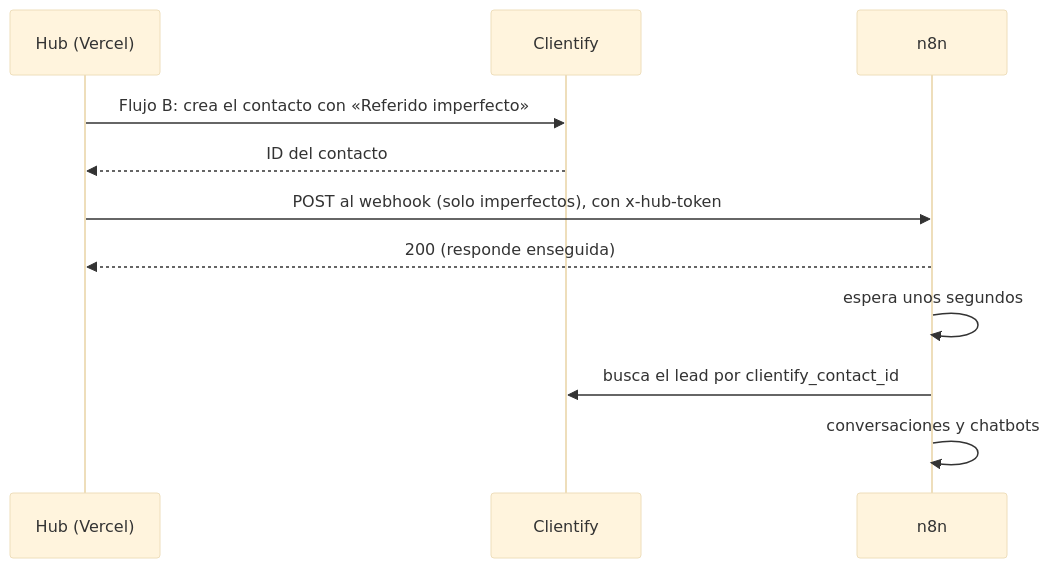
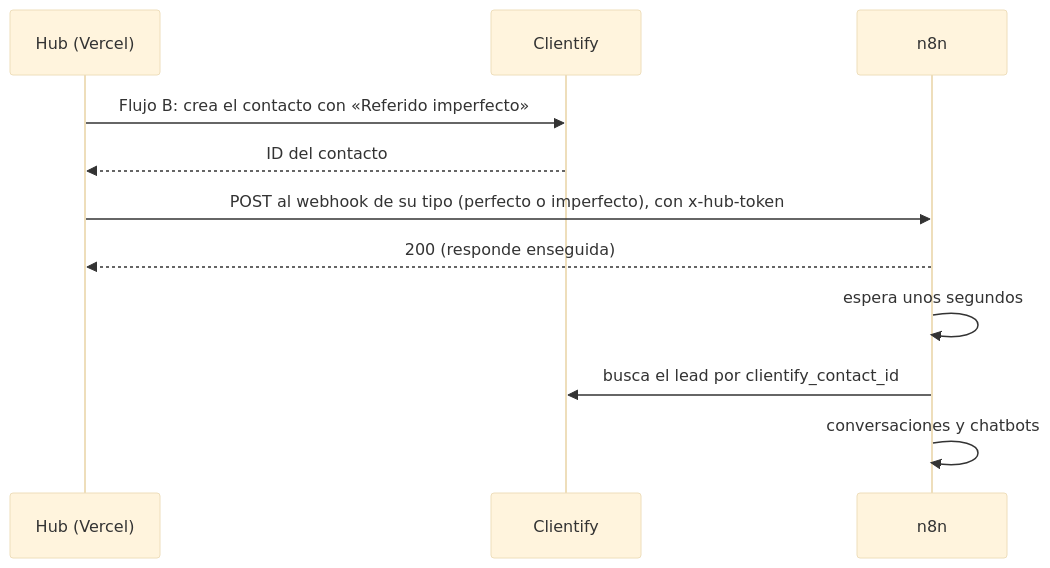
Before and after one commit to jmanurodri04-glitch/Aliados-del-sol-hub: the fifth of 11 diagrams in docs/GUIA_HUB.md, drawn with Mermaid (base theme). The commit also changed other lines of this file and 10 other files, not shown here.

````diff
--- a/docs/GUIA_HUB.md
+++ b/docs/GUIA_HUB.md
@@ -341,13 +341,13 @@
 ```mermaid
 sequenceDiagram
   participant H as Hub (Vercel)
   participant C as Clientify
   participant N as n8n
   H->>C: Flujo B: crea el contacto con «Referido imperfecto»
   C-->>H: ID del contacto
-  H->>N: POST al webhook (solo imperfectos), con x-hub-token
+  H->>N: POST al webhook de su tipo (perfecto o imperfecto), con x-hub-token
   N-->>H: 200 (responde enseguida)
   N->>N: espera unos segundos
   N->>C: busca el lead por clientify_contact_id
   N->>N: conversaciones y chatbots
 ```
````
